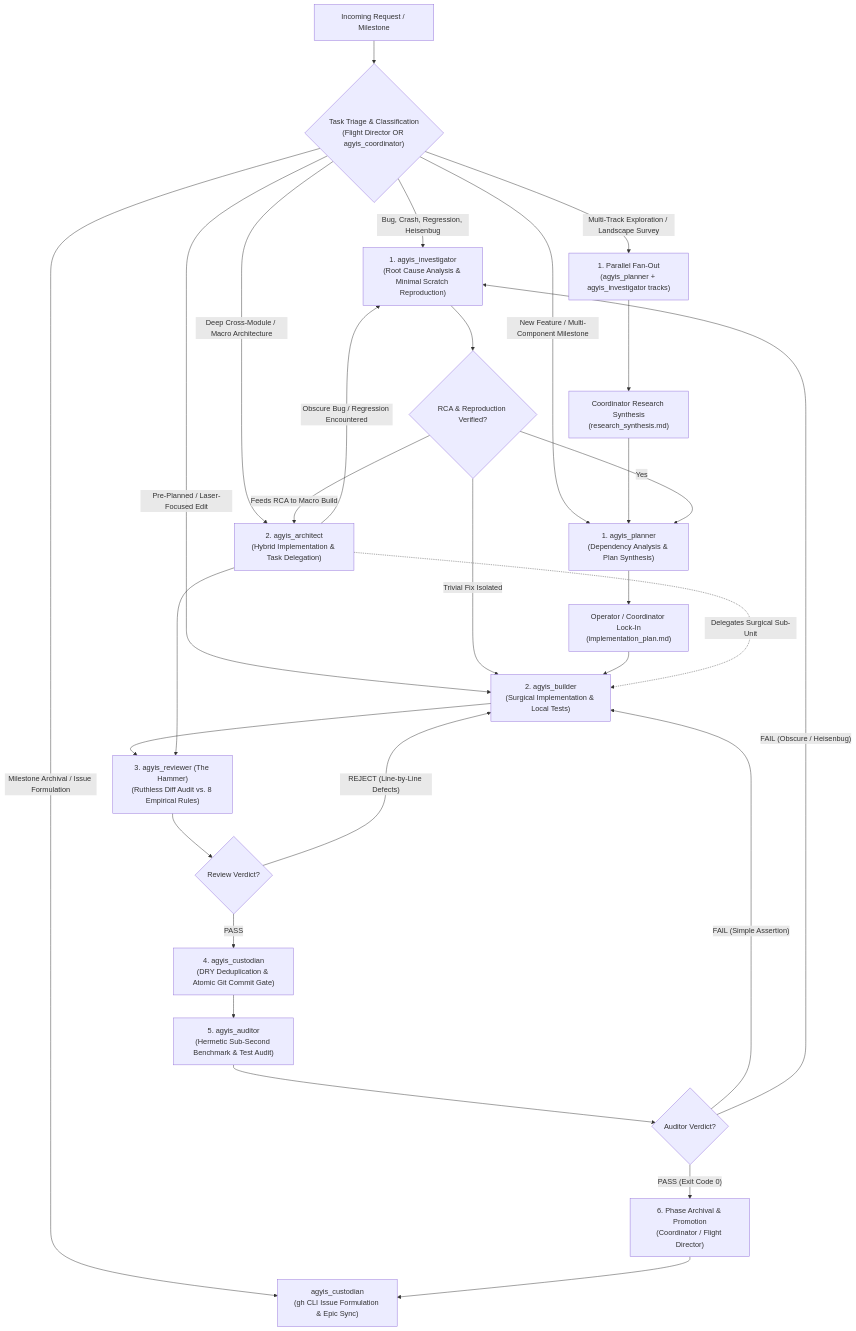
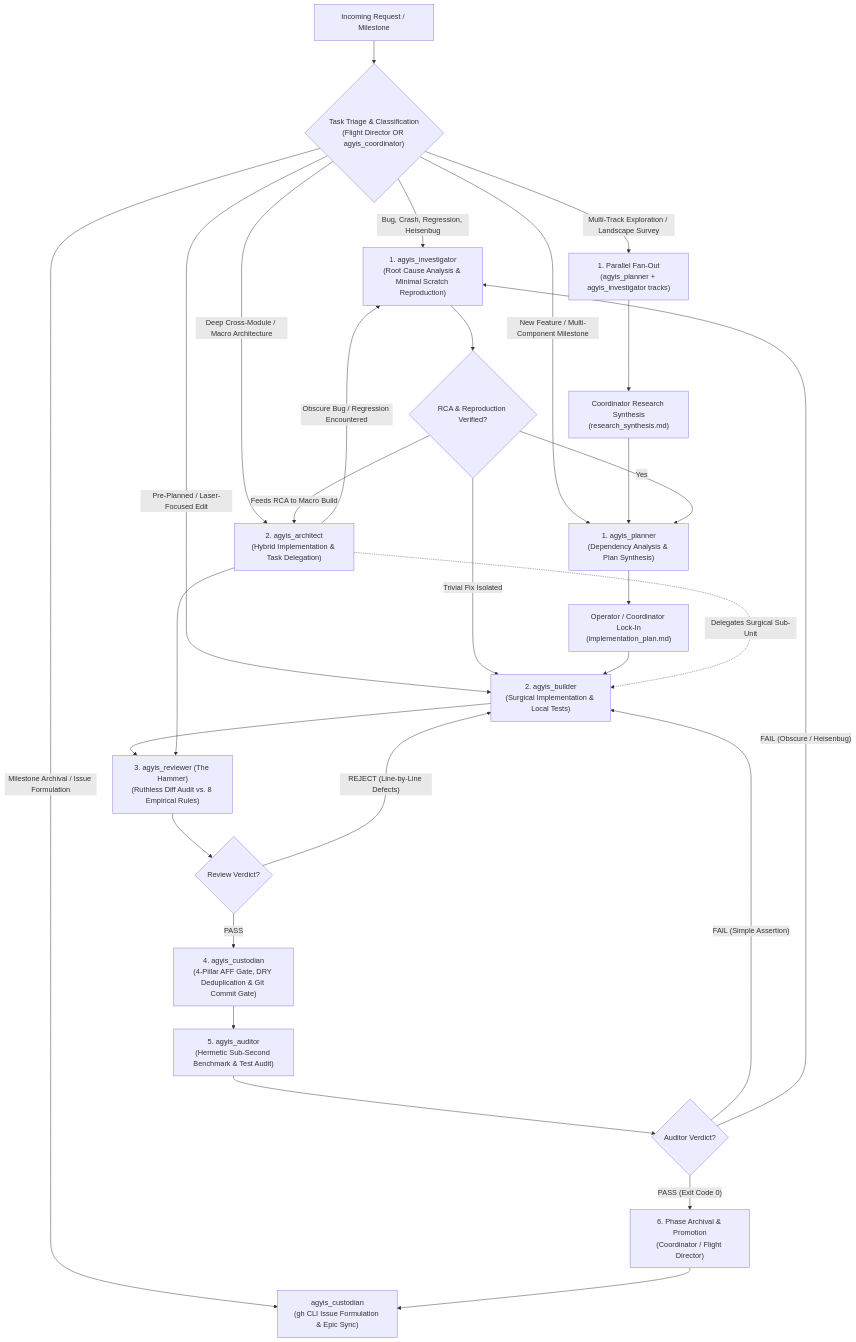
One commit to kuasha420/agyis-harness changed the diagram in harness/skills/subagent-router/references/workflow-routing-table.md. Above: the diagram before and after it, drawn with Mermaid. The commit also changed other lines of this file and 27 other files, not shown here.

First line of the commit message:
feat(arch): codify 4-pillar AFF gate, macro smell sensing, and PSL-INV-011

````diff
--- a/harness/skills/subagent-router/references/workflow-routing-table.md
+++ b/harness/skills/subagent-router/references/workflow-routing-table.md
@@ -10,49 +10,49 @@
 ```mermaid
 flowchart TD
     START["Incoming Request / Milestone"] --> TRIAGE{"Task Triage & Classification<br/>(Flight Director OR agyis_coordinator)"}
     
     %% Triage Paths
     TRIAGE -- "Bug, Crash, Regression, Heisenbug" --> INV["1. agyis_investigator<br/>(Root Cause Analysis & Minimal Scratch Reproduction)"]
     TRIAGE -- "New Feature / Multi-Component Milestone" --> PLAN["1. agyis_planner<br/>(Dependency Analysis & Plan Synthesis)"]
     TRIAGE -- "Pre-Planned / Laser-Focused Edit" --> BUILD["2. agyis_builder<br/>(Surgical Implementation & Local Tests)"]
     TRIAGE -- "Deep Cross-Module / Macro Architecture" --> ARCH["2. agyis_architect<br/>(Hybrid Implementation & Task Delegation)"]
     TRIAGE -- "Multi-Track Exploration / Landscape Survey" --> FANOUT["1. Parallel Fan-Out<br/>(agyis_planner + agyis_investigator tracks)"]
     TRIAGE -- "Milestone Archival / Issue Formulation" --> CUST_GOV["agyis_custodian<br/>(gh CLI Issue Formulation & Epic Sync)"]
 
     %% Fanout to Coordinator Synthesis
     FANOUT --> SYNTH["Coordinator Research Synthesis<br/>(research_synthesis.md)"]
     SYNTH --> PLAN
 
     %% Investigation to Planning/Building/Architect
     INV --> RCA_OK{"RCA & Reproduction Verified?"}
     RCA_OK -- Yes --> PLAN
     RCA_OK -- "Trivial Fix Isolated" --> BUILD
     RCA_OK -- "Feeds RCA to Macro Build" --> ARCH
 
     %% Planning to Building
     PLAN --> LOCK["Operator / Coordinator Lock-In<br/>(implementation_plan.md)"]
     LOCK --> BUILD
 
     %% Architect Downstream Delegation to Investigator & Builder
     ARCH -- "Obscure Bug / Regression Encountered" --> INV
     ARCH -.->|"Delegates Surgical Sub-Unit"| BUILD
 
     %% Builder / Architect to Hammer Review
     BUILD --> HAMMER["3. agyis_reviewer (The Hammer)<br/>(Ruthless Diff Audit vs. 8 Empirical Rules)"]
     ARCH --> HAMMER
 
     %% Review Verdict
     HAMMER --> REVIEW_OK{"Review Verdict?"}
     REVIEW_OK -- "REJECT (Line-by-Line Defects)" --> BUILD
-    REVIEW_OK -- "PASS" --> CUST["4. agyis_custodian<br/>(DRY Deduplication & Atomic Git Commit Gate)"]
+    REVIEW_OK -- "PASS" --> CUST["4. agyis_custodian<br/>(4-Pillar AFF Gate, DRY Deduplication & Git Commit Gate)"]
 
     %% Custodian to Auditor
     CUST --> AUDIT["5. agyis_auditor<br/>(Hermetic Sub-Second Benchmark & Test Audit)"]
 
     %% Auditor Verdict
     AUDIT --> AUDIT_OK{"Auditor Verdict?"}
     AUDIT_OK -- "FAIL (Simple Assertion)" --> BUILD
     AUDIT_OK -- "FAIL (Obscure / Heisenbug)" --> INV
     AUDIT_OK -- "PASS (Exit Code 0)" --> PROMOTE["6. Phase Archival & Promotion<br/>(Coordinator / Flight Director)"]
     PROMOTE --> CUST_GOV
 ```
````
